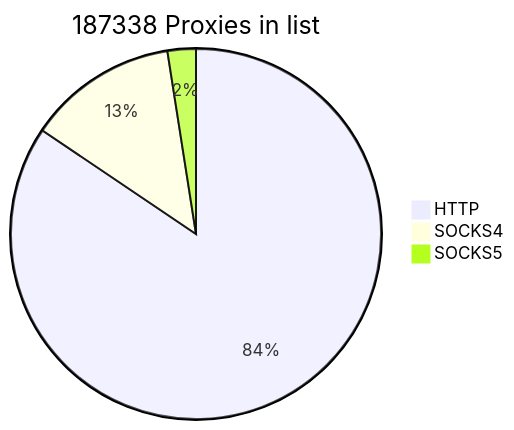
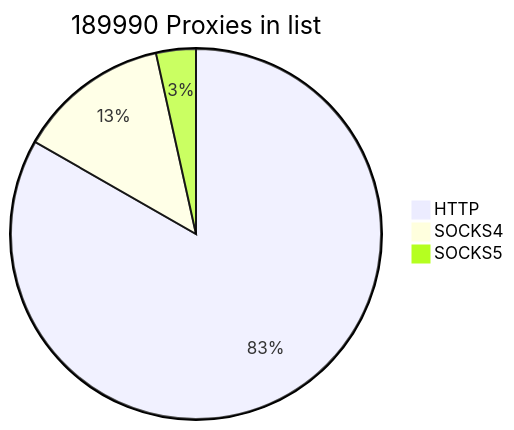
One commit to cutipu/proxylist changed the first of 2 diagrams in README.md. Above: the diagram before and after it, drawn with Mermaid. The commit also changed other lines of this file, not shown here.

````diff
--- a/README.md
+++ b/README.md
@@ -2,7 +2,7 @@
 ```mermaid
-pie title 187338 Proxies in list
-    "HTTP" : 158187
-    "SOCKS4" : 24517
-    "SOCKS5" : 4634
+pie title 189990 Proxies in list
+    "HTTP" : 158207
+    "SOCKS4" : 25190
+    "SOCKS5" : 6593
             
 ```
````
